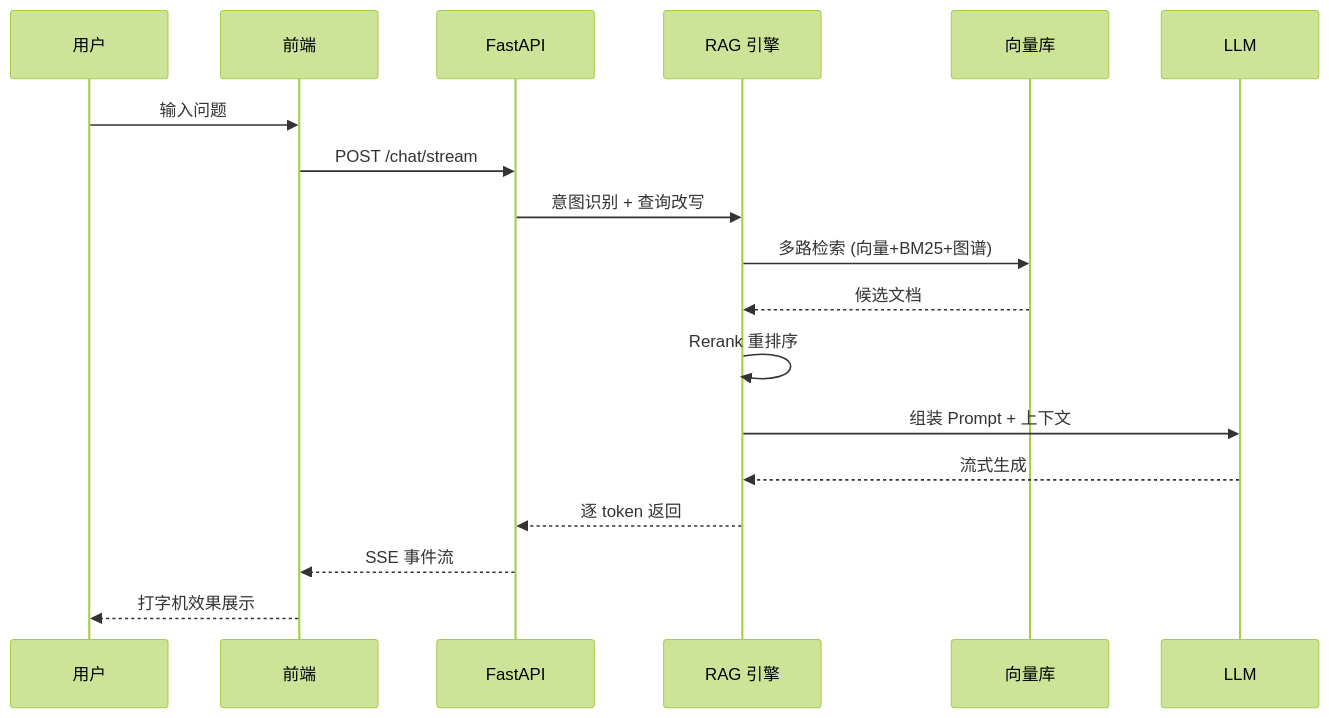
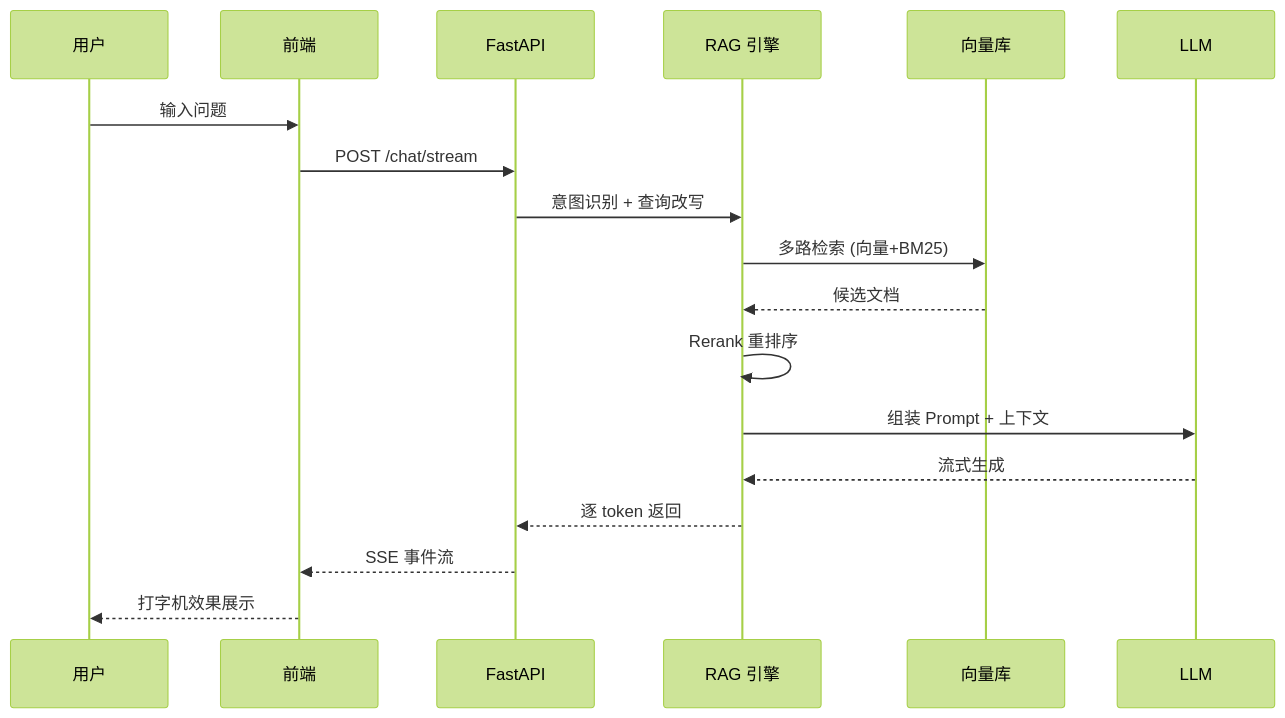
One commit to tuanzi188/KnowledgeMind changed the second of 2 diagrams in README.md. Above: the diagram before and after it, drawn with Mermaid (forest theme). The commit also changed other lines of this file and 52 other files, not shown here.

````diff
--- a/README.md
+++ b/README.md
@@ -89,21 +87,21 @@
 ```mermaid
 sequenceDiagram
     participant U as 用户
     participant F as 前端
     participant B as FastAPI
     participant R as RAG 引擎
     participant V as 向量库
     participant L as LLM
 
     U->>F: 输入问题
     F->>B: POST /chat/stream
     B->>R: 意图识别 + 查询改写
-    R->>V: 多路检索 (向量+BM25+图谱)
+    R->>V: 多路检索 (向量+BM25)
     V-->>R: 候选文档
     R->>R: Rerank 重排序
     R->>L: 组装 Prompt + 上下文
     L-->>R: 流式生成
     R-->>B: 逐 token 返回
     B-->>F: SSE 事件流
     F-->>U: 打字机效果展示
 ```
````
